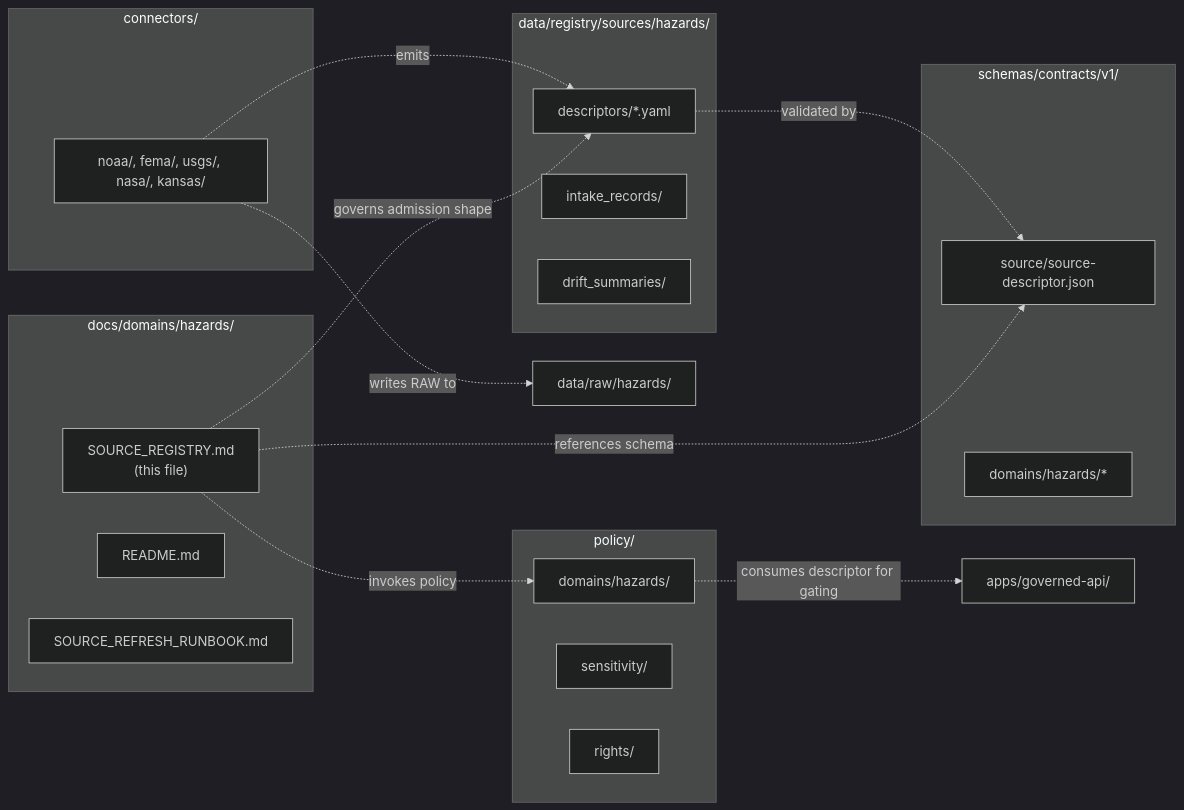
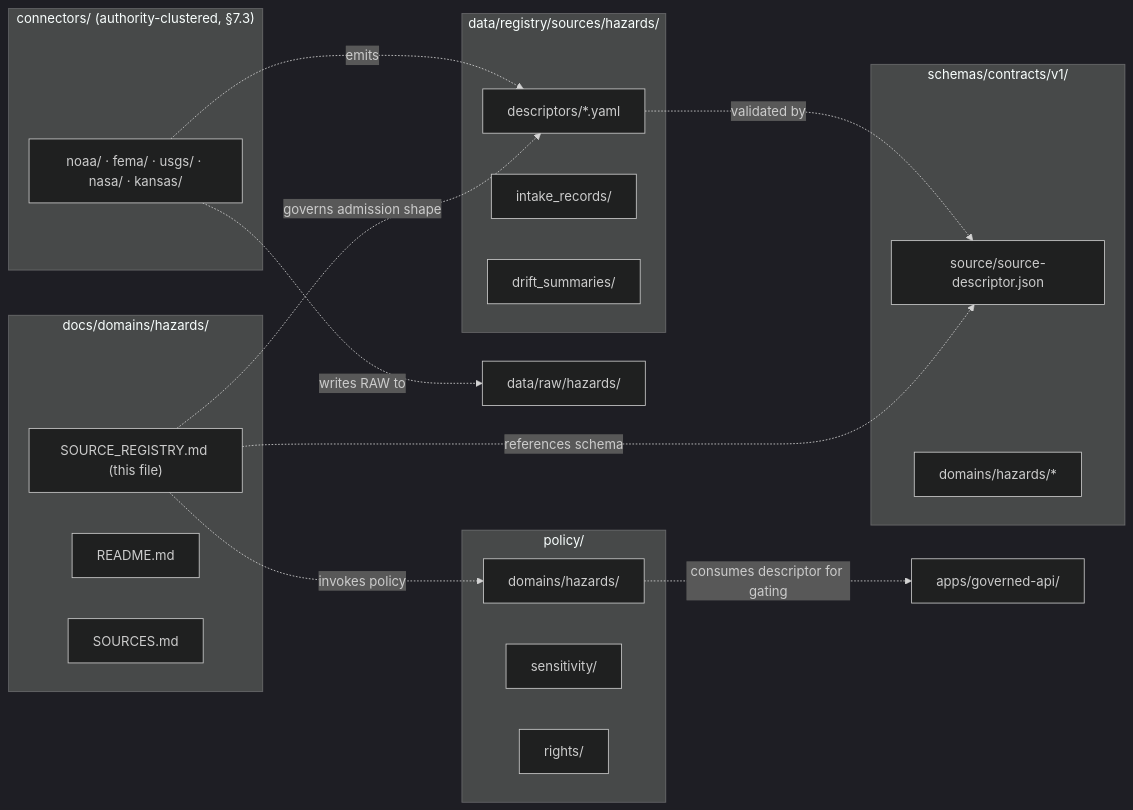
One commit to bartytime4life/Kansas-Frontier-Matrix changed the first of 3 diagrams in docs/domains/hazards/SOURCE_REGISTRY.md. Above: the diagram before and after it, drawn with Mermaid (dark theme). The commit also changed other lines of this file, not shown here.

````diff
--- a/docs/domains/hazards/SOURCE_REGISTRY.md
+++ b/docs/domains/hazards/SOURCE_REGISTRY.md
@@ -83,37 +90,37 @@
 ```mermaid
 flowchart LR
   subgraph DOCS["docs/domains/hazards/"]
-    A["SOURCE_REGISTRY.md<br/>(this file)"]
-    B[README.md]
-    C[SOURCE_REFRESH_RUNBOOK.md]
+    A["SOURCE_REGISTRY.md (this file)"]
+    B["README.md"]
+    C["SOURCES.md"]
   end
 
   subgraph DATA["data/registry/sources/hazards/"]
-    D[descriptors/*.yaml]
-    E[intake_records/]
-    F[drift_summaries/]
+    D["descriptors/*.yaml"]
+    E["intake_records/"]
+    F["drift_summaries/"]
   end
 
   subgraph SCHEMAS["schemas/contracts/v1/"]
-    G[source/source-descriptor.json]
-    H[domains/hazards/*]
+    G["source/source-descriptor.json"]
+    H["domains/hazards/*"]
   end
 
   subgraph POLICY["policy/"]
-    I[domains/hazards/]
-    J[sensitivity/]
-    K[rights/]
+    I["domains/hazards/"]
+    J["sensitivity/"]
+    K["rights/"]
   end
 
-  subgraph CONNECTORS["connectors/"]
-    L["noaa/, fema/, usgs/, nasa/, kansas/"]
+  subgraph CONNECTORS["connectors/ (authority-clustered, §7.3)"]
+    L["noaa/ · fema/ · usgs/ · nasa/ · kansas/"]
   end
 
   A -. governs admission shape .-> D
   A -. references schema .-> G
   A -. invokes policy .-> I
   D -. validated by .-> G
   L -. emits .-> D
-  L -. writes RAW to .-> M[data/raw/hazards/]
+  L -. writes RAW to .-> M["data/raw/hazards/"]
   I -. consumes descriptor for gating .-> N["apps/governed-api/"]
 ```
````
